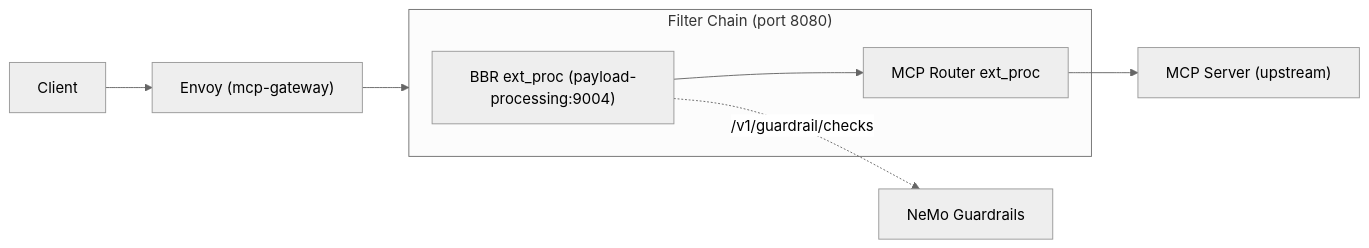
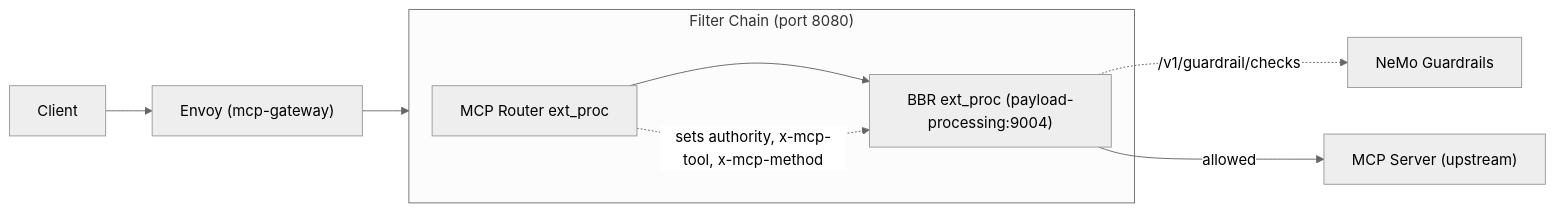
Before and after one commit to christinaexyou/mcp-gateway-guardrails: the first of 2 diagrams in README.md, drawn with Mermaid (neutral theme). The commit also changed other lines of this file and 1 other file, not shown here.

````diff
--- a/README.md
+++ b/README.md
@@ -31,12 +31,13 @@
 ```mermaid
 flowchart LR
     Client --> Envoy["Envoy (mcp-gateway)"]
     subgraph filterChain ["Filter Chain (port 8080)"]
+        MCPRouter["MCP Router ext_proc"]
         BBR["BBR ext_proc (payload-processing:9004)"]
-        MCPRouter["MCP Router ext_proc"]
-        BBR --> MCPRouter
+        MCPRouter --> BBR
     end
     Envoy --> filterChain
+    MCPRouter -.->|"sets authority, x-mcp-tool, x-mcp-method"| BBR
     BBR -.->|"/v1/guardrail/checks"| NeMo["NeMo Guardrails"]
-    MCPRouter --> MCP["MCP Server (upstream)"]
+    BBR -->|"allowed"| MCP["MCP Server (upstream)"]
 ```
````
